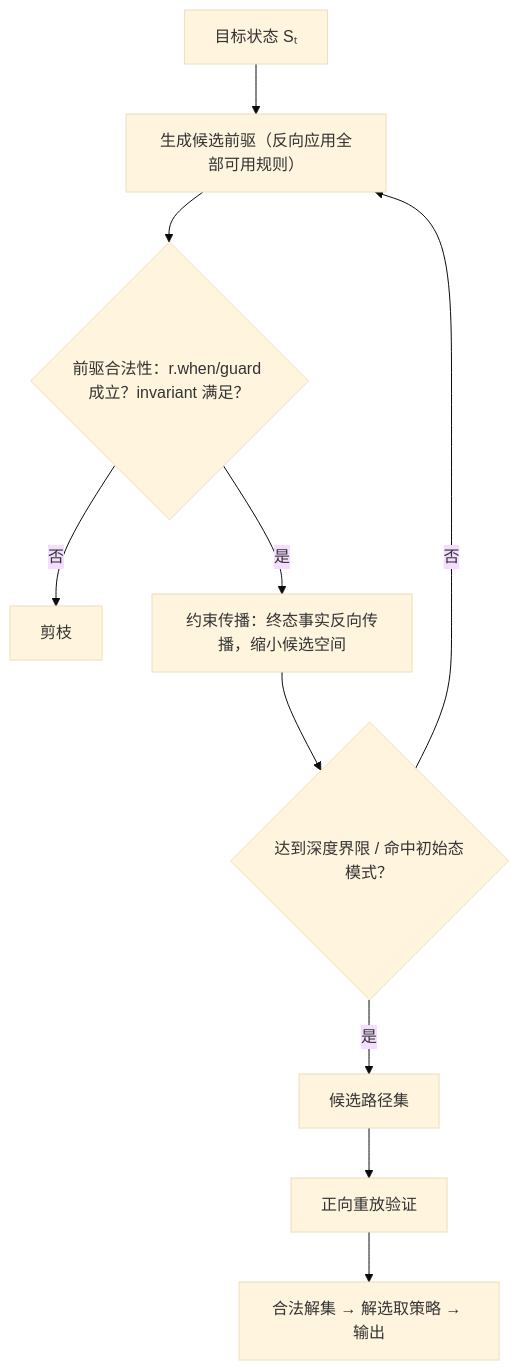
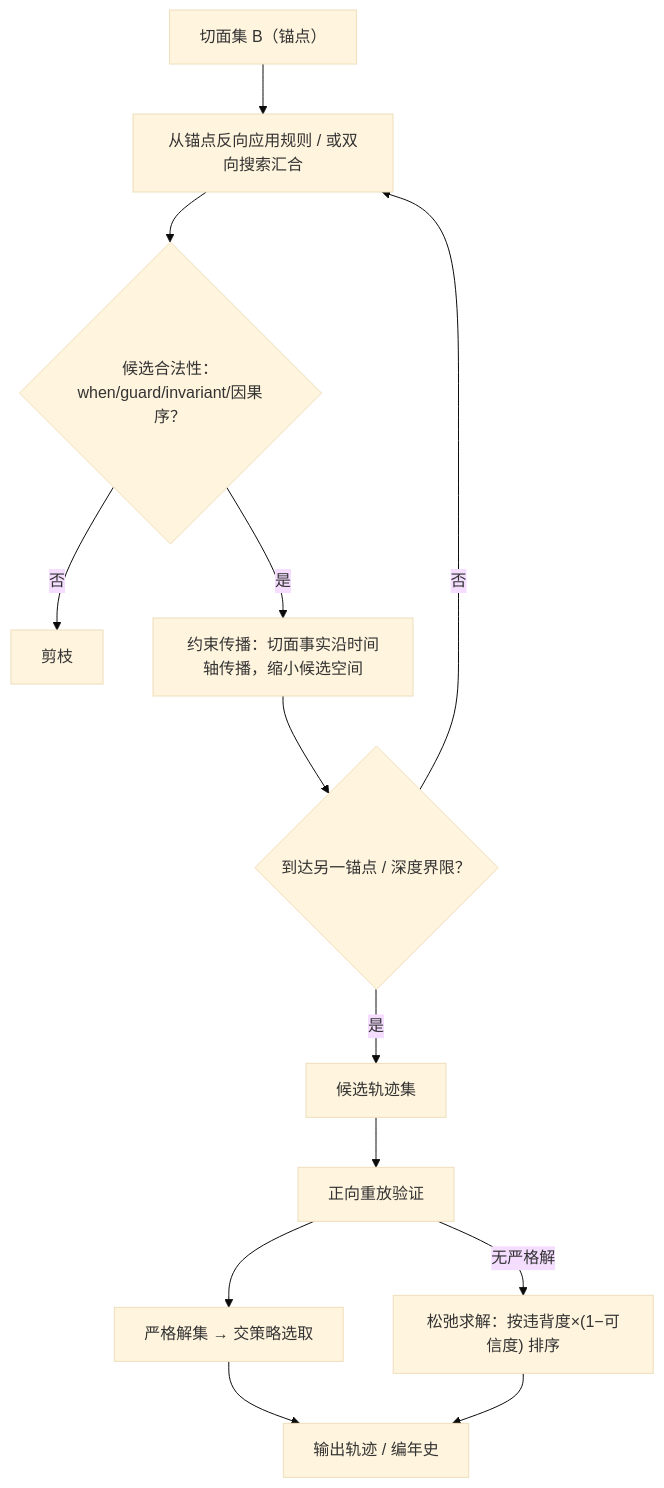
The third of 3 diagrams in DESIGN.md (lykling/hongfan), drawn with Mermaid (base theme) before and after one commit. The commit also changed other lines of this file, not shown here.

````diff
--- a/DESIGN.md
+++ b/DESIGN.md
@@ -438,12 +560,15 @@
 ```mermaid
 flowchart TB
-    A["目标状态 Sₜ"] --> B["生成候选前驱（反向应用全部可用规则）"]
-    B --> C{"前驱合法性：r.when/guard 成立？invariant 满足？"}
+    A["切面集 B（锚点）"] --> B["从锚点反向应用规则 / 或双向搜索汇合"]
+    B --> C{"候选合法性：when/guard/invariant/因果序？"}
     C -- 否 --> X["剪枝"]
-    C -- 是 --> D["约束传播：终态事实反向传播，缩小候选空间"]
-    D --> E{"达到深度界限 / 命中初始态模式？"}
+    C -- 是 --> D["约束传播：切面事实沿时间轴传播，缩小候选空间"]
+    D --> E{"到达另一锚点 / 深度界限？"}
     E -- 否 --> B
-    E -- 是 --> F["候选路径集"]
+    E -- 是 --> F["候选轨迹集"]
     F --> G["正向重放验证"]
-    G --> H["合法解集 → 解选取策略 → 输出"]
+    G --> H["严格解集 → 交策略选取"]
+    G -- 无严格解 --> I["松弛求解：按违背度×(1−可信度) 排序"]
+    H --> J["输出轨迹 / 编年史"]
+    I --> J
 ```
````
